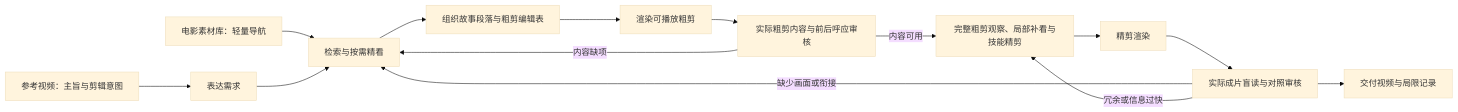
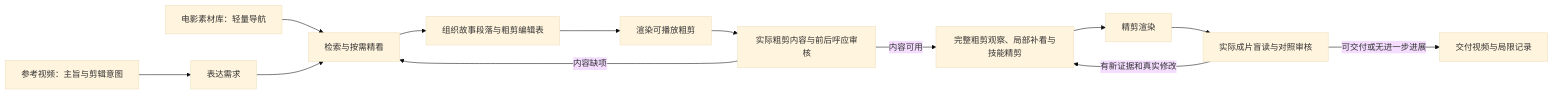
Before and after one commit to Seven-creater/agentic-video: the diagram in README.md, drawn with Mermaid (base theme). The commit also changed other lines of this file and 2 other files, not shown here.

````diff
--- a/README.md
+++ b/README.md
@@ -11,16 +11,15 @@
 ```mermaid
 flowchart LR
     R["参考视频：主旨与剪辑意图"] --> Q["表达需求"]
     L["电影素材库：轻量导航"] --> S["检索与按需精看"]
     Q --> S
     S --> P["组织故事段落与粗剪编辑表"]
     P --> C["渲染可播放粗剪"]
     C --> A["实际粗剪内容与前后呼应审核"]
     A -->|"内容可用"| F["完整粗剪观察、局部补看与技能精剪"]
     A -->|"内容缺项"| S
     F --> E["精剪渲染"]
     E --> V["实际成片盲读与对照审核"]
-    V -->|"缺少画面或衔接"| S
-    V -->|"冗余或信息过快"| F
-    V --> D["交付视频与局限记录"]
+    V -->|"有新证据和真实修改"| F
+    V -->|"可交付或无进一步进展"| D["交付视频与局限记录"]
 ```
````
